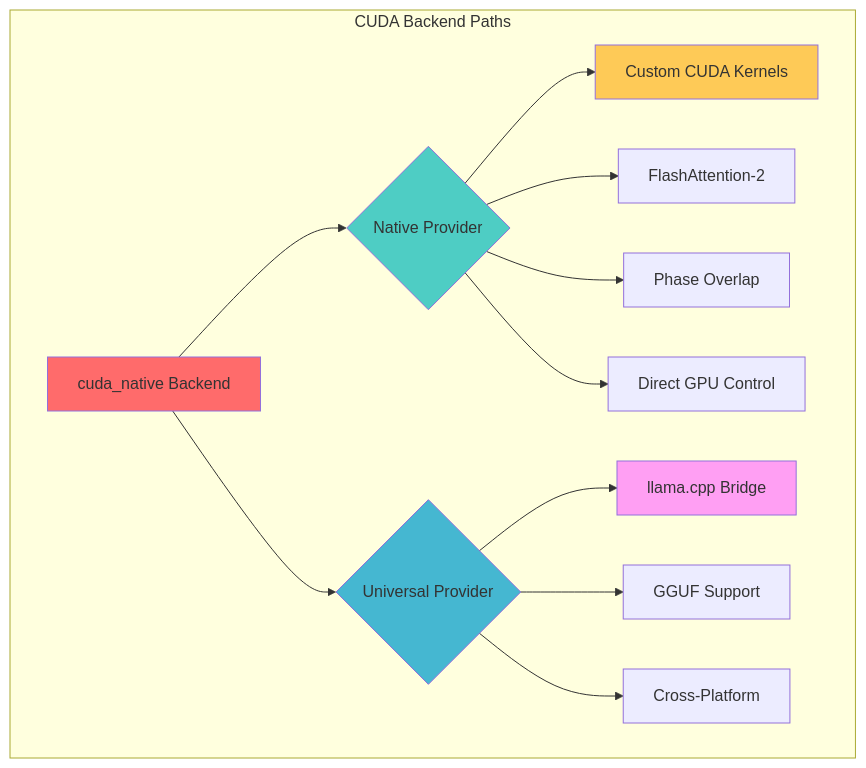
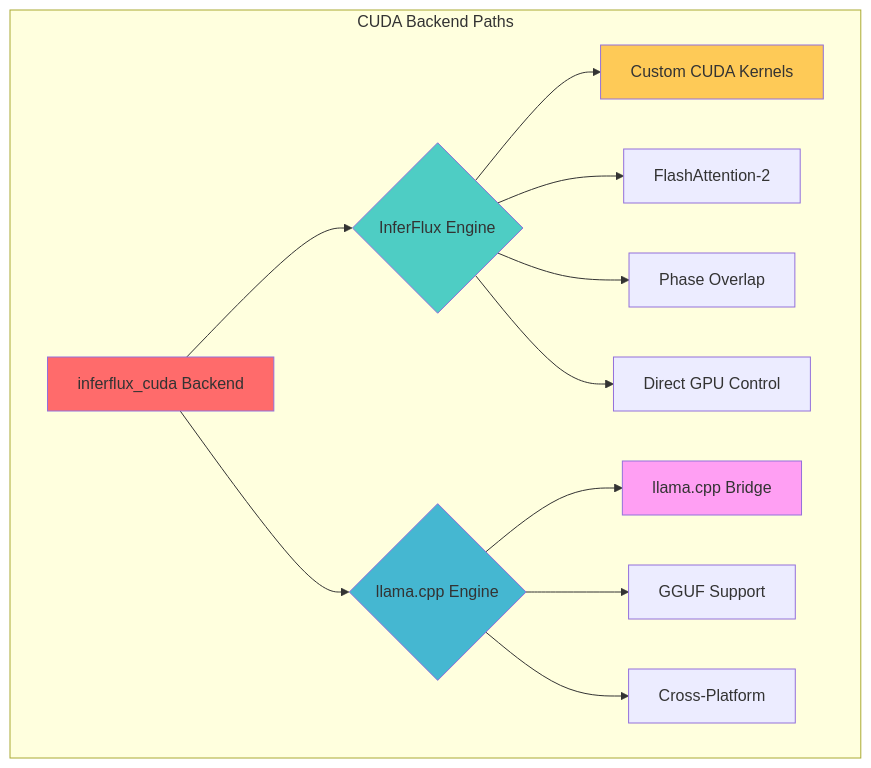
Before and after one commit to vjsingh1984/inferflux: the fifth of 7 diagrams in docs/BACKEND_DEVELOPMENT.md, drawn with Mermaid. The commit also changed other lines of this file and 98 other files, not shown here.

````diff
--- a/docs/BACKEND_DEVELOPMENT.md
+++ b/docs/BACKEND_DEVELOPMENT.md
@@ -320,22 +320,22 @@
 ```mermaid
 graph TB
     subgraph "CUDA Backend Paths"
-        A[cuda_native Backend] --> B{Native Provider}
-        A --> C{Universal Provider}
+        A[inferflux_cuda Backend] --> B{InferFlux Engine}
+        A --> C{llama.cpp Engine}
 
         B --> D[Custom CUDA Kernels]
         B --> E[FlashAttention-2]
         B --> F[Phase Overlap]
         B --> G[Direct GPU Control]
 
         C --> H[llama.cpp Bridge]
         C --> I[GGUF Support]
         C --> J[Cross-Platform]
     end
 
     style A fill:#ff6b6b
     style B fill:#4ecdc4
     style C fill:#45b7d1
     style D fill:#feca57
     style H fill:#ff9ff3
 ```
````
